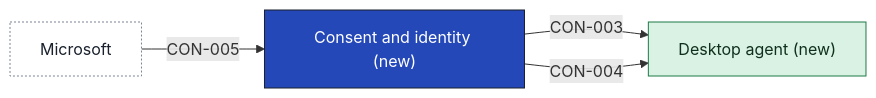
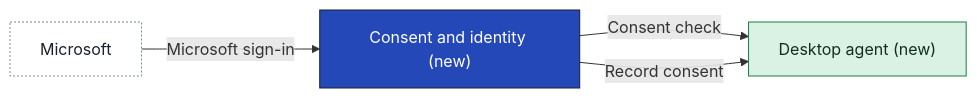
Before and after one commit to smalls257/vela: the diagram in tests/fixtures/team-skills/heron/05-building-blocks/consent-and-identity-building-blocks.md, drawn with Mermaid. The commit also changed other lines of this file and 56 other files, not shown here.

````diff
--- a/tests/fixtures/team-skills/heron/05-building-blocks/consent-and-identity-building-blocks.md
+++ b/tests/fixtures/team-skills/heron/05-building-blocks/consent-and-identity-building-blocks.md
@@ -83,15 +83,15 @@
 ```mermaid
 flowchart LR
   n_APP_consent_and_identity["Consent and identity (new)"]
   n_APP_desktop_agent["Desktop agent (new)"]
   x_microsoft["Microsoft"]
-  n_APP_consent_and_identity -->|"CON-003"| n_APP_desktop_agent
-  n_APP_consent_and_identity -->|"CON-004"| n_APP_desktop_agent
-  x_microsoft -->|"CON-005"| n_APP_consent_and_identity
+  n_APP_consent_and_identity -->|"Consent check"| n_APP_desktop_agent
+  x_microsoft -->|"Microsoft sign-in"| n_APP_consent_and_identity
+  n_APP_consent_and_identity -->|"Record consent"| n_APP_desktop_agent
   classDef external fill:#ffffff,stroke:#7a8494,color:#19212d,stroke-dasharray:2 2
   classDef focus fill:#2448b8,stroke:#19212d,color:#ffffff
   classDef new fill:#d9f2e3,stroke:#1e7a46,color:#10301d
   class x_microsoft external
   class n_APP_consent_and_identity focus
   class n_APP_desktop_agent new
 ```
````
